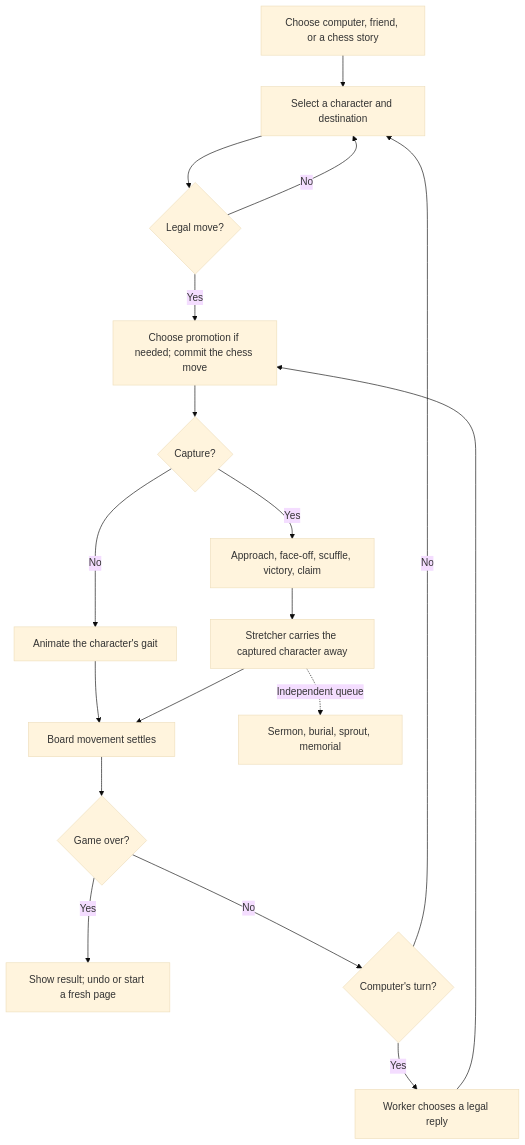
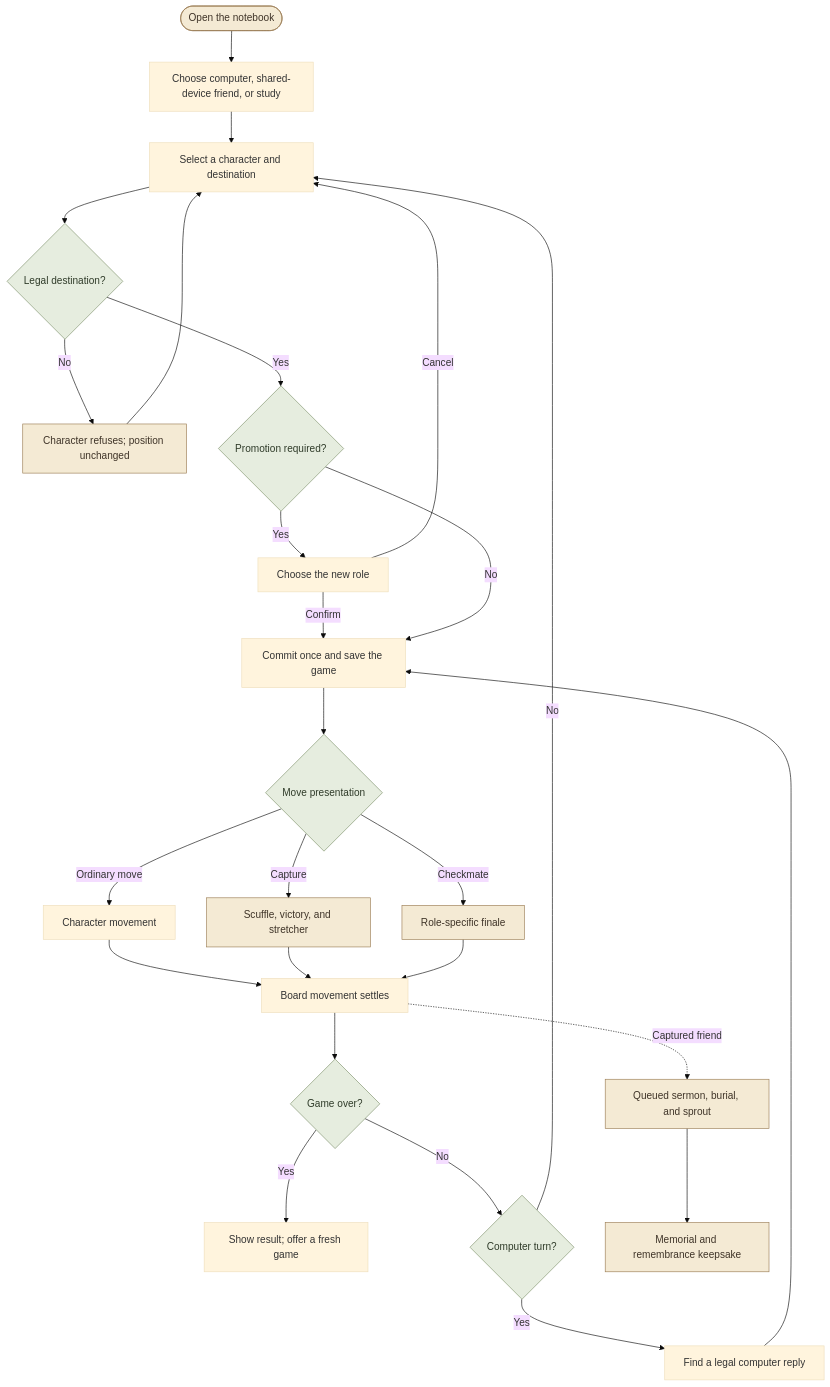
The first of 3 diagrams in README.md (Davidson3556/Paperwild), drawn with Mermaid (base theme) before and after one commit. The commit also changed other lines of this file and 58 other files, not shown here.

````diff
--- a/README.md
+++ b/README.md
@@ -64,20 +80,33 @@
 ```mermaid
 flowchart TD
-    A[Choose computer, friend, or a chess story] --> B[Select a character and destination]
-    B --> C{Legal move?}
-    C -- No --> B
-    C -- Yes --> D[Choose promotion if needed; commit the chess move]
-    D --> E{Capture?}
-    E -- No --> F[Animate the character's gait]
-    E -- Yes --> G[Approach, face-off, scuffle, victory, claim]
-    G --> H[Stretcher carries the captured character away]
-    F --> I[Board movement settles]
-    H --> I
-    H -. Independent queue .-> J[Sermon, burial, sprout, memorial]
-    I --> K{Game over?}
-    K -- Yes --> L[Show result; undo or start a fresh page]
-    K -- No --> M{Computer's turn?}
-    M -- No --> B
-    M -- Yes --> N[Worker chooses a legal reply]
-    N --> D
+    notebook(["Open the notebook"]) --> mode["Choose computer, shared-device friend, or study"]
+    mode --> selection["Select a character and destination"]
+    selection --> legal{"Legal destination?"}
+    legal -->|"No"| refusal["Character refuses; position unchanged"]
+    refusal --> selection
+    legal -->|"Yes"| promotion{"Promotion required?"}
+    promotion -->|"Yes"| choice["Choose the new role"]
+    choice -->|"Cancel"| selection
+    choice -->|"Confirm"| commit["Commit once and save the game"]
+    promotion -->|"No"| commit
+    commit --> presentation{"Move presentation"}
+    presentation -->|"Ordinary move"| gait["Character movement"]
+    presentation -->|"Capture"| capture["Scuffle, victory, and stretcher"]
+    presentation -->|"Checkmate"| finale["Role-specific finale"]
+    gait --> settled["Board movement settles"]
+    capture --> settled
+    finale --> settled
+    settled --> gameOver{"Game over?"}
+    gameOver -->|"Yes"| result["Show result; offer a fresh game"]
+    gameOver -->|"No"| computerTurn{"Computer turn?"}
+    computerTurn -->|"No"| selection
+    computerTurn -->|"Yes"| search["Find a legal computer reply"]
+    search --> commit
+    settled -.->|"Captured friend"| ceremony["Queued sermon, burial, and sprout"]
+    ceremony --> remembrance["Memorial and remembrance keepsake"]
+
+    classDef story fill:#f4ead4,stroke:#9a7c53,color:#3f3428
+    classDef decision fill:#e6eddf,stroke:#7e916c,color:#2f3b29
+    class notebook,refusal,capture,finale,ceremony,remembrance story
+    class legal,promotion,presentation,gameOver,computerTurn decision
 ```
````
